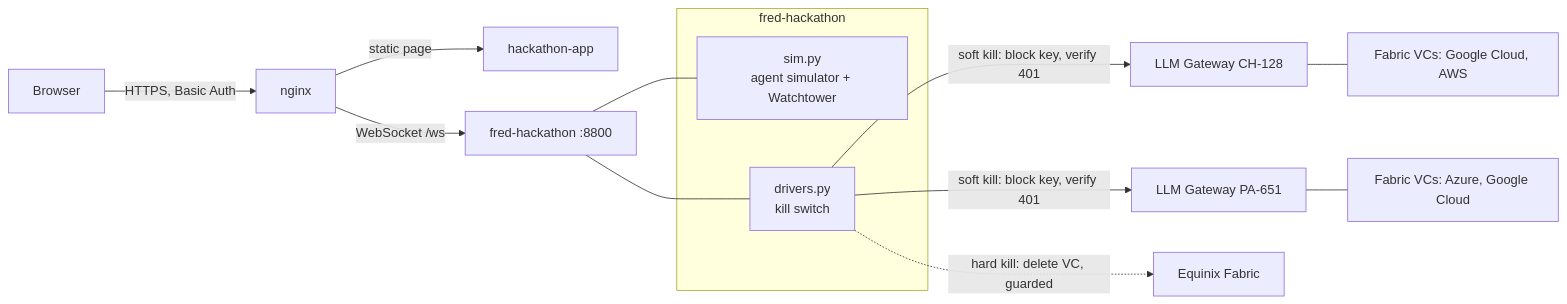
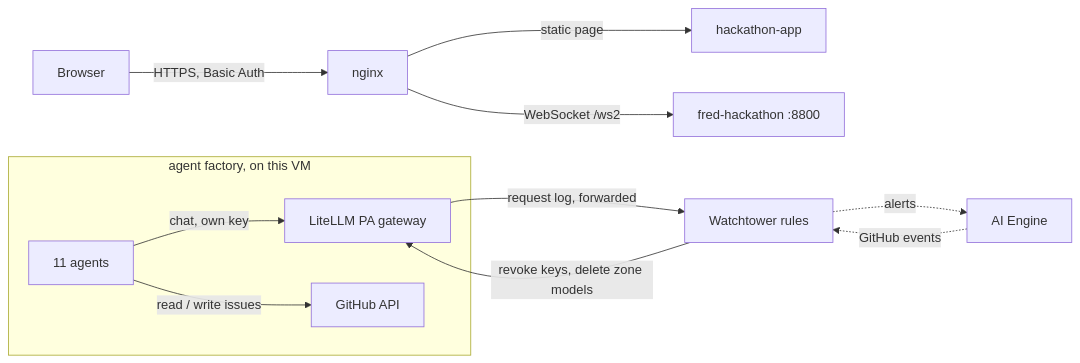
The diagram in README.md (equinix-svc/svc-app-watchtower), drawn with Mermaid before and after one commit. The commit also changed other lines of this file and 18 other files, not shown here.

First line of the commit message:
feat: GitHub-issue scenario with three departments, tiered Watchtower rules and a static 2D map

````diff
--- a/README.md
+++ b/README.md
@@ -179,17 +94,14 @@
 ```mermaid
 flowchart LR
   B[Browser] -->|HTTPS, Basic Auth| N[nginx]
   N -->|static page| F[hackathon-app]
-  N -->|WebSocket /ws| S[fred-hackathon :8800]
-  subgraph S2[fred-hackathon]
-    SIM[sim.py<br/>agent simulator + Watchtower]
-    DRV[drivers.py<br/>kill switch]
+  N -->|WebSocket /ws2| S[fred-hackathon :8800]
+  subgraph FACTORY[agent factory, on this VM]
+    A[11 agents] -->|chat, own key| L[LiteLLM PA gateway]
+    A -->|read / write issues| GH[GitHub API]
   end
-  S --- SIM
-  S --- DRV
-  DRV -->|soft kill: block key, verify 401| G1[LLM Gateway CH-128]
-  DRV -->|soft kill: block key, verify 401| G2[LLM Gateway PA-651]
-  DRV -.->|hard kill: delete VC, guarded| FAB[Equinix Fabric]
-  G1 --- V1[Fabric VCs: Google Cloud, AWS]
-  G2 --- V2[Fabric VCs: Azure, Google Cloud]
+  L -->|request log, forwarded| W[Watchtower rules]
+  AE[AI Engine] -.->|GitHub events| W
+  W -->|revoke keys, delete zone models| L
+  W -.->|alerts| AE
 ```
````
